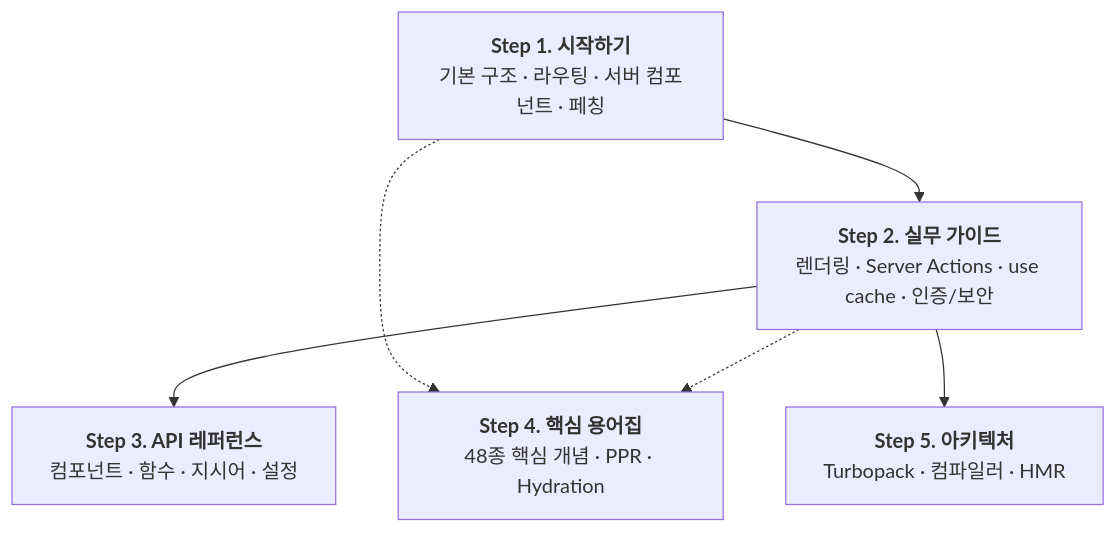
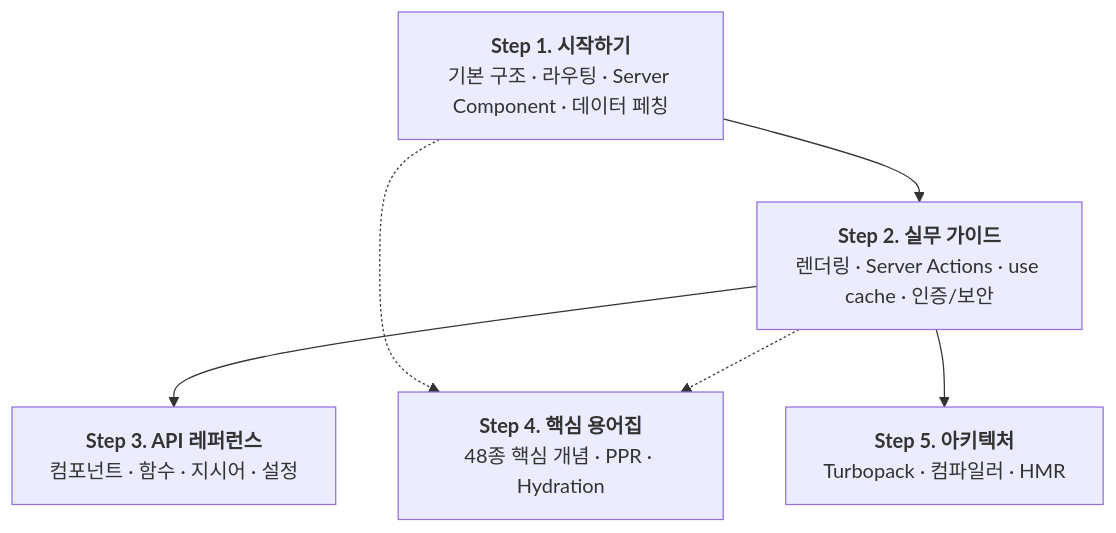
One commit to Junyong34/nextjs-ko-study-lab changed the diagram in nextjs-docs/README.md. Above: the diagram before and after it, drawn with Mermaid. The commit also changed other lines of this file and 371 other files, not shown here.

````diff
--- a/nextjs-docs/README.md
+++ b/nextjs-docs/README.md
@@ -9,14 +9,14 @@
 ```mermaid
 flowchart TD
-    Step1["<b>Step 1. 시작하기</b><br/>기본 구조 · 라우팅 · 서버 컴포넌트 · 페칭"]
+    Step1["<b>Step 1. 시작하기</b><br/>기본 구조 · 라우팅 · Server Component · 데이터 페칭"]
     Step2["<b>Step 2. 실무 가이드</b><br/>렌더링 · Server Actions · use cache · 인증/보안"]
     Step3["<b>Step 3. API 레퍼런스</b><br/>컴포넌트 · 함수 · 지시어 · 설정"]
     Step4["<b>Step 4. 핵심 용어집</b><br/>48종 핵심 개념 · PPR · Hydration"]
     Step5["<b>Step 5. 아키텍처</b><br/>Turbopack · 컴파일러 · HMR"]
 
     Step1 --> Step2
     Step2 --> Step3
     Step1 -.-> Step4
     Step2 -.-> Step4
     Step2 --> Step5
 ```
````
